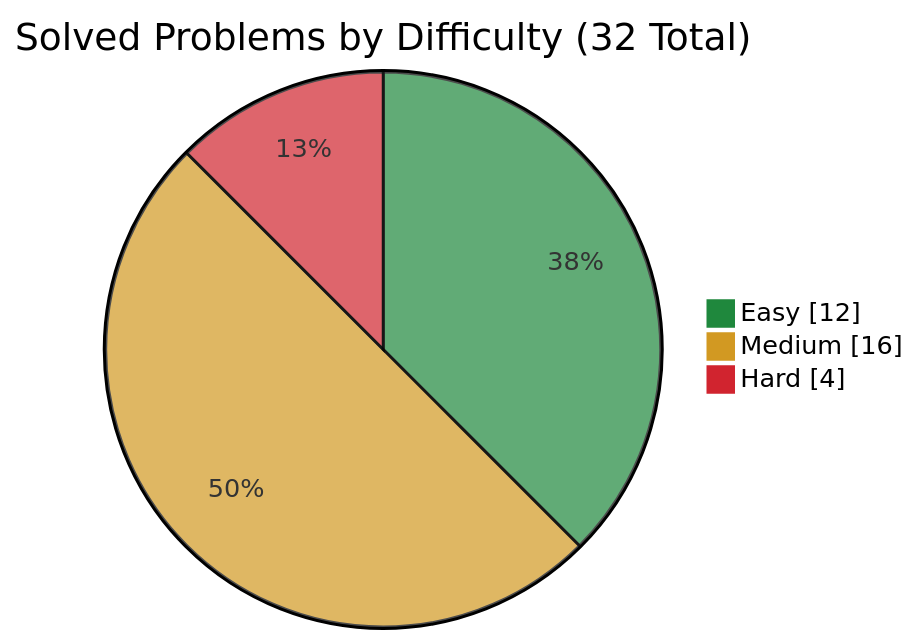
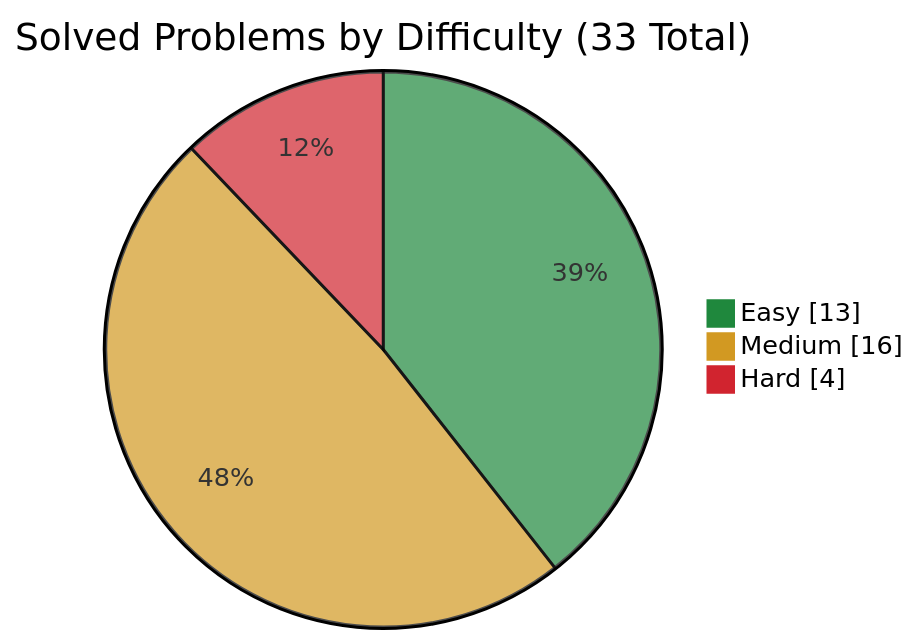
The first of 3 diagrams in README.md (simonesiega/leetcode-solutions), drawn with Mermaid before and after one commit. The commit also changed other lines of this file and 3 other files, not shown here.

````diff
--- a/README.md
+++ b/README.md
@@ -67,8 +67,8 @@
 ```mermaid
 %%{init: {"themeVariables": {"pie1": "#1f883d", "pie2": "#d29922", "pie3": "#d1242f"}}}%%
 pie showData
-    title Solved Problems by Difficulty (32 Total)
-    "Easy" : 12
+    title Solved Problems by Difficulty (33 Total)
+    "Easy" : 13
     "Medium" : 16
     "Hard" : 4
 ```
````
